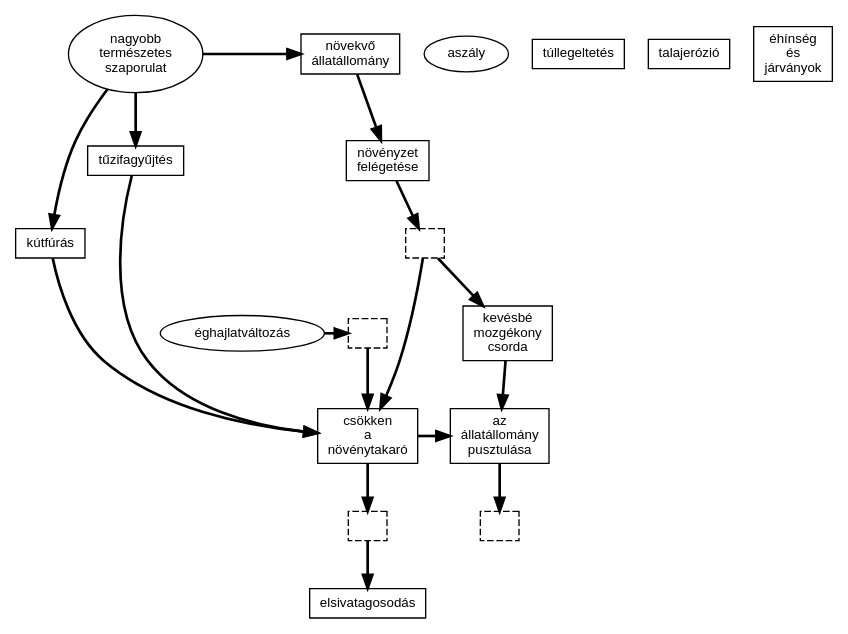
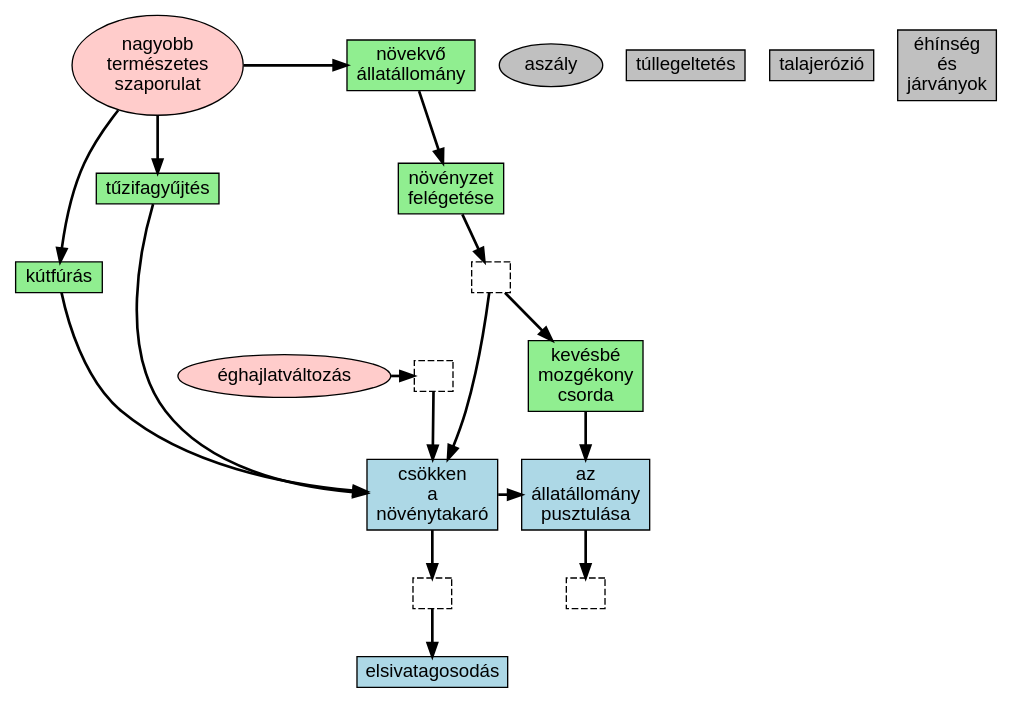
The diagram in graph_with_placeholders.dot (farkasmark/mikrotanitas), drawn with Graphviz before and after one commit. The commit also changed 1 other file, not shown here.

```diff
--- a/graph_with_placeholders.dot
+++ b/graph_with_placeholders.dot
@@ -1,61 +1,61 @@
 digraph G {
   rankdir = TD;
   bgcolor = "#ffffff";
 
   // Define node styles and colors for categories in black and white
-  node [style=filled, fontname="Arial", fontsize=10, shape=rect, width=0.4, height=0.3, fillcolor=white, color=black];
+  node [style=filled, fontname="Arial", fontsize=14, shape=rect, width=0.4, height=0.3];
 
   // Nodes with their labels; some nodes left empty as placeholders
-  nagyobb_termeszetes_szaporulat [label="nagyobb\ntermészetes\nszaporulat", shape=ellipse];
-  eghajlatvaltozas [label="éghajlatváltozás", shape=ellipse];
-  placeholder_aszaly [label=" ", style=dashed];
+  nagyobb_termeszetes_szaporulat [label="nagyobb\ntermészetes\nszaporulat", shape=ellipse, fillcolor="#ffcccb"]; // Pink
+  eghajlatvaltozas [label="éghajlatváltozás", shape=ellipse, fillcolor="#ffcccb"]; // Pink
+  placeholder_aszaly [label=" ", style=dashed, fillcolor="#ffcccb"]; // Pink (Placeholder)
   
-  novekvo_allatallomany [label="növekvő\nállatállomány"];
-  kutfuras [label="kútfúrás"];
-  tuzifagyujtes [label="tűzifagyűjtés"];
-  novenyzet_felegetese [label="növényzet\nfelégetése"];
-  placeholder_tullegeltetes [label=" ", style=dashed];
-  kevesbe_mozgekony_csorda [label="kevésbé\nmozgékony\ncsorda"];
+  novekvo_allatallomany [label="növekvő\nállatállomány", fillcolor="#90ee90"]; // Light green
+  kutfuras [label="kútfúrás", fillcolor="#90ee90"]; // Light green
+  tuzifagyujtes [label="tűzifagyűjtés", fillcolor="#90ee90"]; // Light green
+  novenyzet_felegetese [label="növényzet\nfelégetése", fillcolor="#90ee90"]; // Light green
+  placeholder_tullegeltetes [label=" ", style=dashed, fillcolor="#90ee90"]; // Light green (Placeholder)
 
-  csokken_a_novenytakaro [label="csökken\na\nnövénytakaró"];
-  az_allatallomany_pusztulasa [label="az\nállatállomány\npusztulása"];
-  placeholder_talajerozio [label=" ", style=dashed];
-  elsivatagosodas [label="elsivatagosodás"];
-  placeholder_ehhinseg [label=" ", style=dashed];
+  kevesbe_mozgekony_csorda [label="kevésbé\nmozgékony\ncsorda", fillcolor="#90ee90"]; // Light green
+  csokken_a_novenytakaro [label="csökken\na\nnövénytakaró", fillcolor="#add8e6"]; // Light blue
+  az_allatallomany_pusztulasa [label="az\nállatállomány\npusztulása", fillcolor="#add8e6"]; // Light blue
+  placeholder_talajerozio [label=" ", style=dashed, fillcolor="#add8e6"]; // Light blue (Placeholder)
+  elsivatagosodas [label="elsivatagosodás", fillcolor="#add8e6"]; // Light blue
+  placeholder_ehhinseg [label=" ", style=dashed, fillcolor="#add8e6"]; // Light blue (Placeholder)
 
   // Ranks for nodes
   {rank=same nagyobb_termeszetes_szaporulat novekvo_allatallomany}
   {rank=same eghajlatvaltozas placeholder_aszaly}
   {rank=same csokken_a_novenytakaro az_allatallomany_pusztulasa}
 
   // Edges between nodes in black
   nagyobb_termeszetes_szaporulat -> novekvo_allatallomany [color=black, penwidth=2];
   nagyobb_termeszetes_szaporulat -> kutfuras [color=black, penwidth=2];
   nagyobb_termeszetes_szaporulat -> tuzifagyujtes [color=black, penwidth=2];
 
   eghajlatvaltozas -> placeholder_aszaly [color=black, penwidth=2];
 
   novekvo_allatallomany -> novenyzet_felegetese [color=black, penwidth=2];
   novenyzet_felegetese -> placeholder_tullegeltetes [color=black, penwidth=2];
   placeholder_tullegeltetes -> kevesbe_mozgekony_csorda [color=black, penwidth=2];
 
   kutfuras -> csokken_a_novenytakaro [color=black, penwidth=2];
   tuzifagyujtes -> csokken_a_novenytakaro [color=black, penwidth=2];
   placeholder_tullegeltetes -> csokken_a_novenytakaro [color=black, penwidth=2];
   placeholder_aszaly -> csokken_a_novenytakaro [color=black, penwidth=2];
 
   csokken_a_novenytakaro -> az_allatallomany_pusztulasa [color=black, penwidth=2];
   kevesbe_mozgekony_csorda -> az_allatallomany_pusztulasa [color=black, penwidth=2];
   
   csokken_a_novenytakaro -> placeholder_talajerozio [color=black, penwidth=2];
   placeholder_talajerozio -> elsivatagosodas [color=black, penwidth=2];
 
   az_allatallomany_pusztulasa -> placeholder_ehhinseg [color=black, penwidth=2];
 
   // Standalone nodes (for students to match with placeholders)
   // These nodes are placed top-down to the right of the graph
-  standalone_aszaly [label="aszály", shape=ellipse, style=solid, pos="7,-1!"];
-  standalone_tullegeltetes [label="túllegeltetés", shape=solid, pos="7,-2!"];
-  standalone_talajerozio [label="talajerózió", shape=solid, pos="7,-3!"];
-  standalone_ehhinseg [label="éhínség\nés\njárványok", shape=solid, pos="7,-4!"];
+  standalone_aszaly [label="aszály", fillcolor="#c0c0c0", shape=ellipse, pos="7,-1!"];
+  standalone_tullegeltetes [label="túllegeltetés", fillcolor="#c0c0c0", pos="7,-2!"];
+  standalone_talajerozio [label="talajerózió", fillcolor="#c0c0c0", pos="7,-3!"];
+  standalone_ehhinseg [label="éhínség\nés\njárványok", fillcolor="#c0c0c0", pos="7,-4!"];
 }
```
